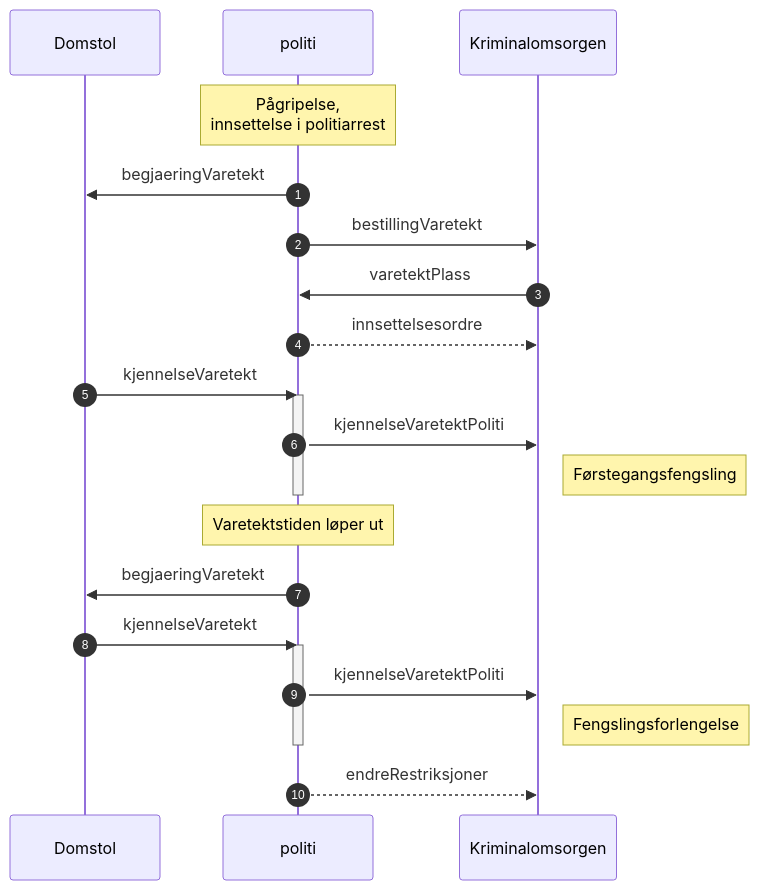
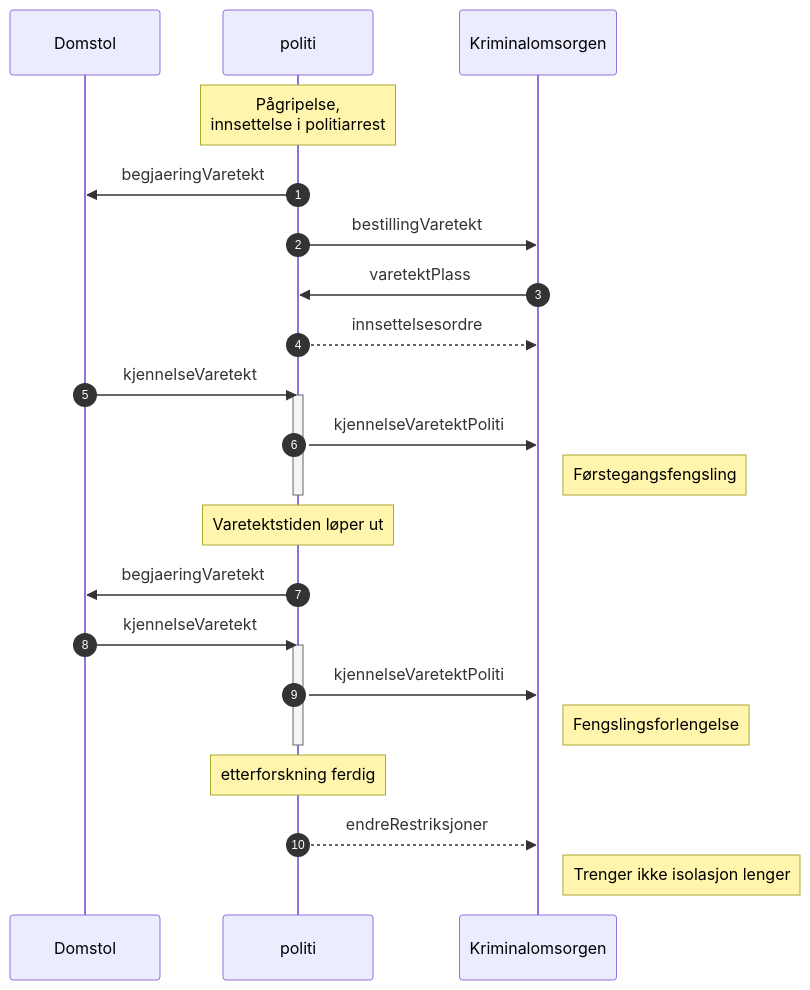
One commit to domstolene/ESAS changed the diagram in kontrakter/politi/kjennelseVaretektPoliti/readme.md. Above: the diagram before and after it, drawn with Mermaid. The commit also changed other lines of this file and 5 other files, not shown here.

````diff
--- a/kontrakter/politi/kjennelseVaretektPoliti/readme.md
+++ b/kontrakter/politi/kjennelseVaretektPoliti/readme.md
@@ -31,25 +35,27 @@
 ```mermaid
 sequenceDiagram
   autonumber
   participant da as Domstol
   Participant pd as politi
   Participant kdi as Kriminalomsorgen
   Note over pd: Pågripelse, <br/>innsettelse i politiarrest
   pd->>da: begjaeringVaretekt
   pd->>kdi:bestillingVaretekt
   kdi->>pd:varetektPlass
   pd-->>kdi:innsettelsesordre
   da->>pd:kjennelseVaretekt
   activate pd
   pd->>kdi:kjennelseVaretektPoliti
   note right of kdi: Førstegangsfengsling
   deactivate pd
   note over pd: Varetektstiden løper ut
   pd->>da: begjaeringVaretekt
   da->>pd:kjennelseVaretekt
   activate pd
   pd->>kdi:kjennelseVaretektPoliti
   note right of kdi: Fengslingsforlengelse
   deactivate pd
+  note over pd: etterforskning ferdig
   pd-->>kdi:endreRestriksjoner
+  note right of kdi: Trenger ikke isolasjon lenger
 ```
````
